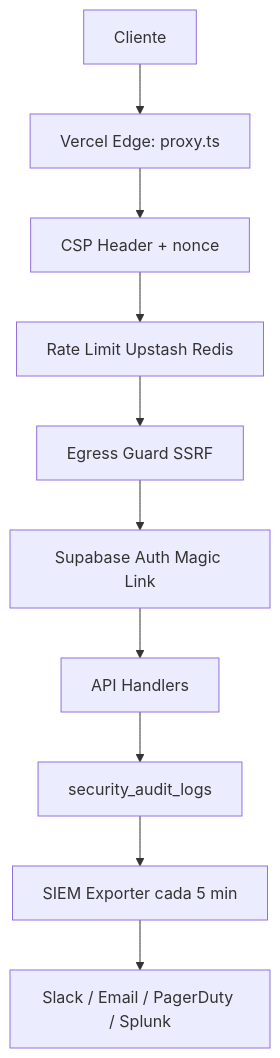
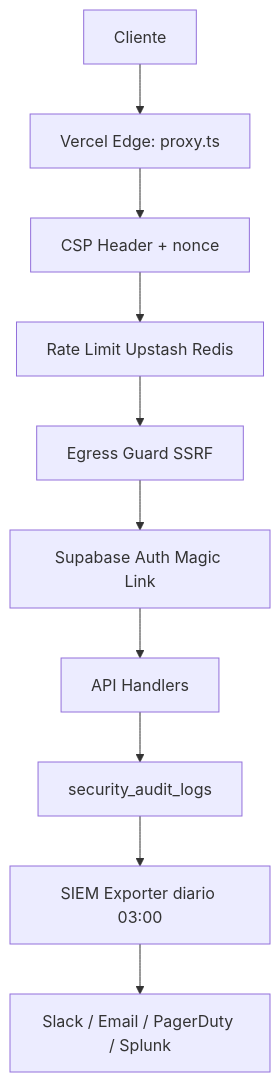
Before and after one commit to StrategicConnex/StrategicConnexAudit: the first of 2 diagrams in docs/security.md, drawn with Mermaid. The commit also changed other lines of this file and 8 other files, not shown here.

````diff
--- a/docs/security.md
+++ b/docs/security.md
@@ -345,12 +345,12 @@
 ```mermaid
 flowchart TB
   A[Cliente] --> B[Vercel Edge: proxy.ts]
   B --> C[CSP Header + nonce]
   C --> D[Rate Limit Upstash Redis]
   D --> E[Egress Guard SSRF]
   E --> F[Supabase Auth Magic Link]
   F --> G[API Handlers]
   G --> H[security_audit_logs]
-  H --> I[SIEM Exporter cada 5 min]
+  H --> I[SIEM Exporter diario 03:00]
   I --> J[Slack / Email / PagerDuty / Splunk]
 ```
````
